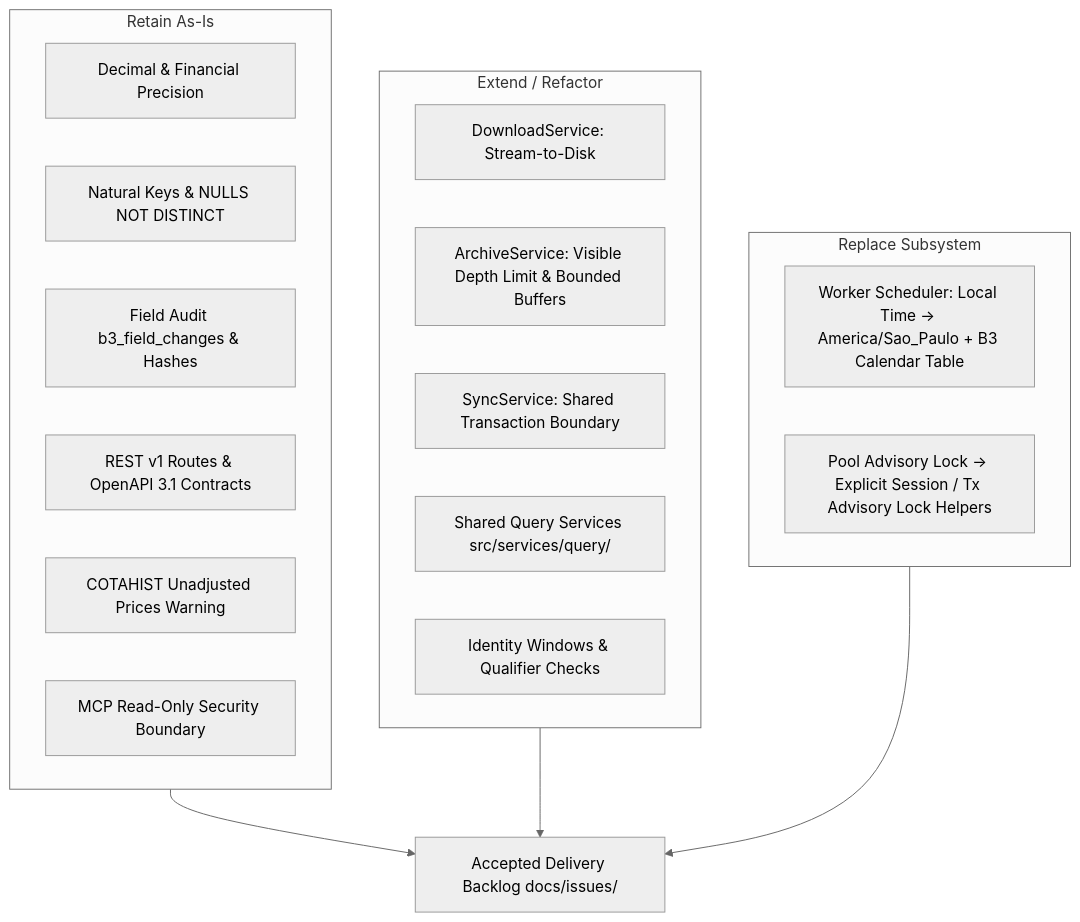
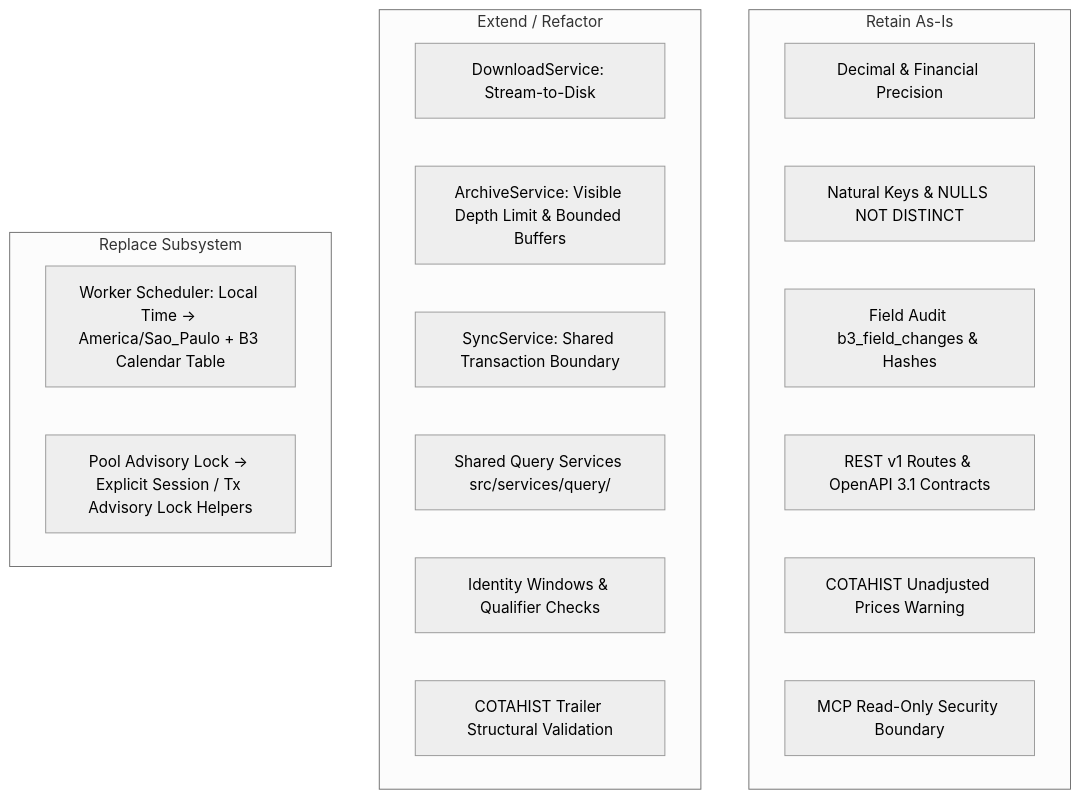
One commit to JoseLArantes/tucano-b3 changed the diagram in .scratch/prd-alignment/assessment.md. Above: the diagram before and after it, drawn with Mermaid (neutral theme). The commit also changed other lines of this file and 1 other file, not shown here.

Commit message:
docs(review): replace reconstructed test output with verbatim execution transcript and correct release gate blockers

````diff
--- a/.scratch/prd-alignment/assessment.md
+++ b/.scratch/prd-alignment/assessment.md
@@ -30,28 +33,25 @@
 ```mermaid
 graph TD
     subgraph Retain [Retain As-Is]
         R1[Decimal & Financial Precision]
         R2[Natural Keys & NULLS NOT DISTINCT]
         R3[Field Audit b3_field_changes & Hashes]
         R4[REST v1 Routes & OpenAPI 3.1 Contracts]
         R5[COTAHIST Unadjusted Prices Warning]
         R6[MCP Read-Only Security Boundary]
     end
 
     subgraph Extend [Extend / Refactor]
         E1[DownloadService: Stream-to-Disk]
         E2[ArchiveService: Visible Depth Limit & Bounded Buffers]
         E3[SyncService: Shared Transaction Boundary]
         E4[Shared Query Services src/services/query/]
         E5[Identity Windows & Qualifier Checks]
+        E6[COTAHIST Trailer Structural Validation]
     end
 
     subgraph Replace [Replace Subsystem]
         X1[Worker Scheduler: Local Time -> America/Sao_Paulo + B3 Calendar Table]
         X2[Pool Advisory Lock -> Explicit Session / Tx Advisory Lock Helpers]
     end
-
-    Retain --> DownstreamBacklog[Accepted Delivery Backlog docs/issues/]
-    Extend --> DownstreamBacklog
-    Replace --> DownstreamBacklog
 ```
````
